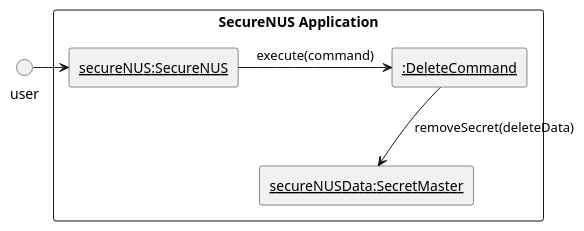
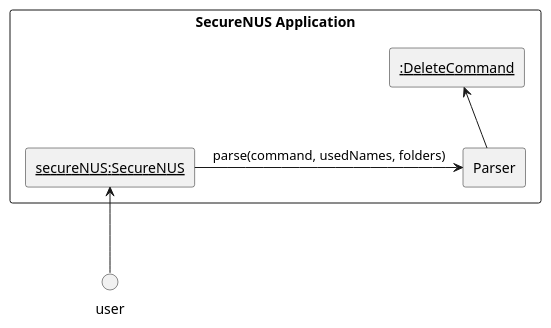
The diagram in docs/DGDiagramsCreator/Implementation_Delete.puml (stevenantya/tp), drawn with PlantUML before and after one commit. The commit also changed 14 other files, not shown here.

```diff
--- a/docs/DGDiagramsCreator/Implementation_Delete.puml
+++ b/docs/DGDiagramsCreator/Implementation_Delete.puml
@@ -1,24 +1,24 @@
 @startuml
 'https://plantuml.com/component-diagram
 
 circle "user"
 
 rectangle "SecureNUS Application" {
     rectangle "<u>secureNUS:SecureNUS"
-    "user" -r-> "<u>secureNUS:SecureNUS"
-'    rectangle "<u>:Parser"
-'    "<u>secureNUS:SecureNUS" -r-> "<u>:Parser" : parse(command, usedNames, folders)
+    "user" -u-> "<u>secureNUS:SecureNUS"
+    rectangle "Parser"
+    "<u>secureNUS:SecureNUS" -r-> "Parser" : parse(command, usedNames, folders)
     rectangle "<u>:DeleteCommand"
-'    "<u>:Parser" -u-> "<u>:DeleteCommand"
+    "Parser" -u-> "<u>:DeleteCommand"
 
-    "<u>secureNUS:SecureNUS" -r-> "<u>:DeleteCommand":execute(command)
+'    "<u>secureNUS:SecureNUS" -r-> "<u>:DeleteCommand":execute(command)
 '    rectangle "<u>basicPasswordData:BasicPassword"
 '    "<u>:DeleteCommand" -u-> "<u>basicPasswordData:BasicPassword"
 ''
-    rectangle "<u>secureNUSData:SecretMaster"
-    "<u>:DeleteCommand" -d-> "<u>secureNUSData:SecretMaster": removeSecret(deleteData)
-'    rectangle "<u>:Backend"
-'    "<u>secureNUS:SecureNUS" -r-> "<u>:Backend": updateStorage(ArrayList<Secret>)
+'    rectangle "<u>secureNUSData:SecretMaster"
+'    "<u>:DeleteCommand" -d-> "<u>secureNUSData:SecretMaster": removeSecret(deleteData)
+'    rectangle "Backend"
+'    "<u>secureNUS:SecureNUS" -r-> "Backend": updateStorage(ArrayList<Secret>)
 }
 
 @enduml
```
